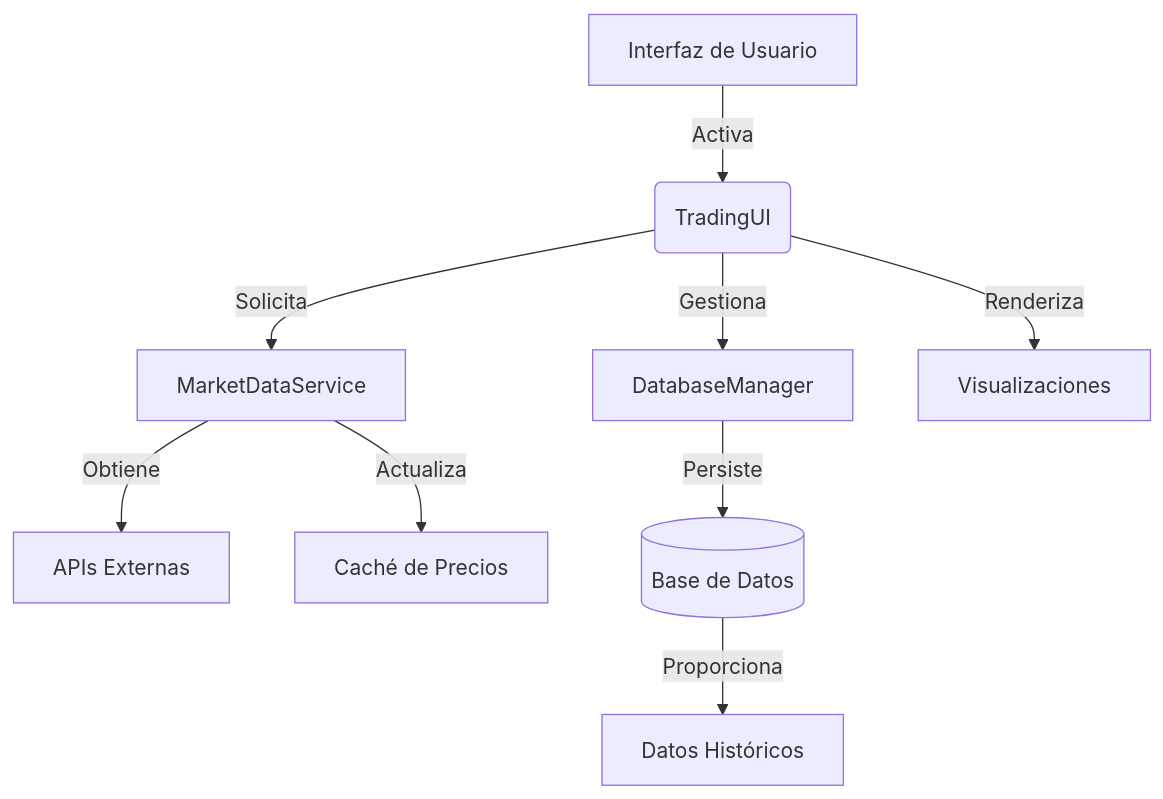
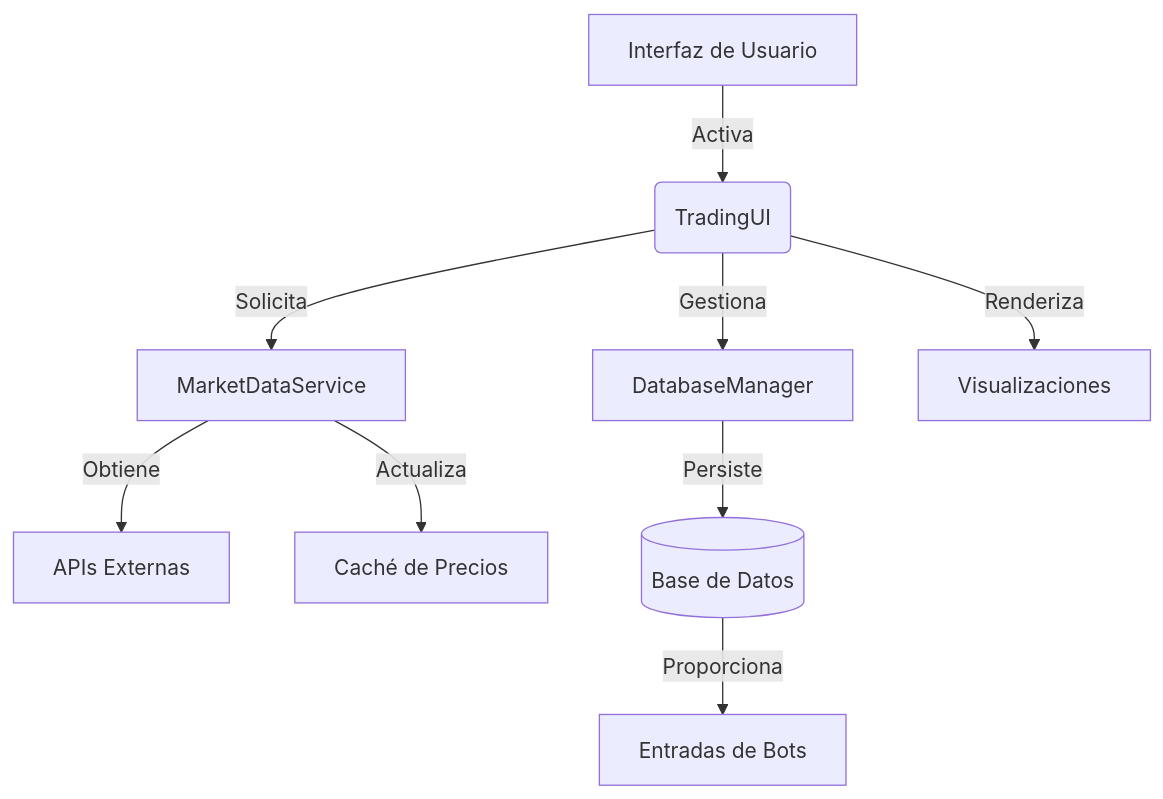
The diagram in Streamlit_app/dashboard_maqueta.md (CryptoPlazaHQ/bybit-grid-dashboard), drawn with Mermaid before and after one commit.

````diff
--- a/Streamlit_app/dashboard_maqueta.md
+++ b/Streamlit_app/dashboard_maqueta.md
@@ -152,11 +152,11 @@
 ```mermaid
 graph TD
     A[Interfaz de Usuario] -->|Activa| B(TradingUI)
     B -->|Solicita| C[MarketDataService]
     C -->|Obtiene| D[APIs Externas]
     B -->|Gestiona| E[DatabaseManager]
     E -->|Persiste| F[(Base de Datos)]
-    F -->|Proporciona| G[Datos Históricos]
+    F -->|Proporciona| G[Entradas de Bots]
     C -->|Actualiza| H[Caché de Precios]
     B -->|Renderiza| I[Visualizaciones]
 ```
````
